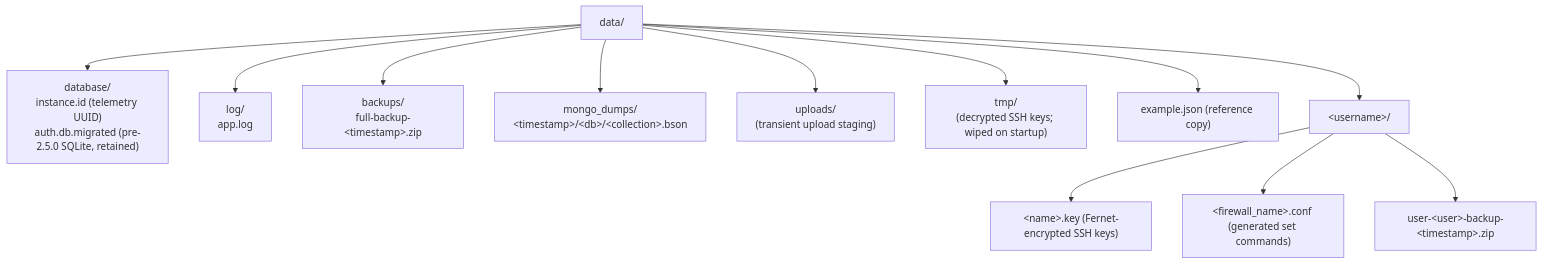
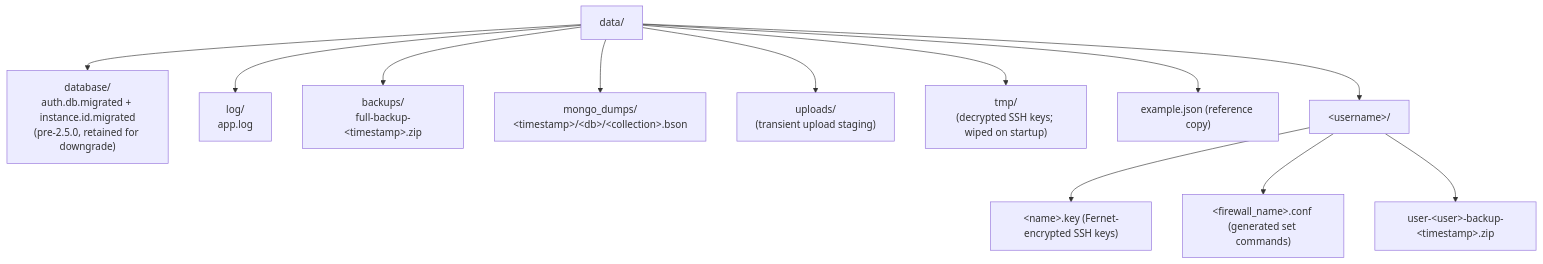
Before and after one commit to ibehren1/fw-gui: the seventh of 9 diagrams in docs/data-architecture.md, drawn with Mermaid. The commit also changed other lines of this file and 1 other file, not shown here.

````diff
--- a/docs/data-architecture.md
+++ b/docs/data-architecture.md
@@ -478,15 +490,15 @@
 ```mermaid
 flowchart TD
     data["data/"]
-    data --> db["database/<br/>instance.id (telemetry UUID)<br/>auth.db.migrated (pre-2.5.0 SQLite, retained)"]
+    data --> db["database/<br/>auth.db.migrated + instance.id.migrated<br/>(pre-2.5.0, retained for downgrade)"]
     data --> log["log/<br/>app.log"]
     data --> backups["backups/<br/>full-backup-&lt;timestamp&gt;.zip"]
     data --> dumps["mongo_dumps/<br/>&lt;timestamp&gt;/&lt;db&gt;/&lt;collection&gt;.bson"]
     data --> uploads["uploads/<br/>(transient upload staging)"]
     data --> tmp["tmp/<br/>(decrypted SSH keys; wiped on startup)"]
     data --> ex["example.json (reference copy)"]
     data --> userdir["&lt;username&gt;/"]
     userdir --> keys["&lt;name&gt;.key (Fernet-encrypted SSH keys)"]
     userdir --> conf["&lt;firewall_name&gt;.conf (generated set commands)"]
     userdir --> ubk["user-&lt;user&gt;-backup-&lt;timestamp&gt;.zip"]
 ```
````
